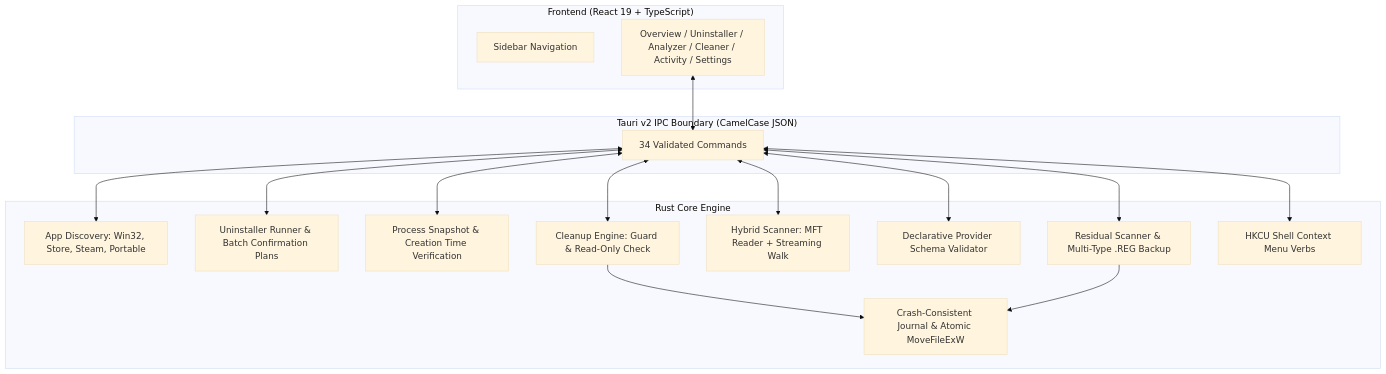
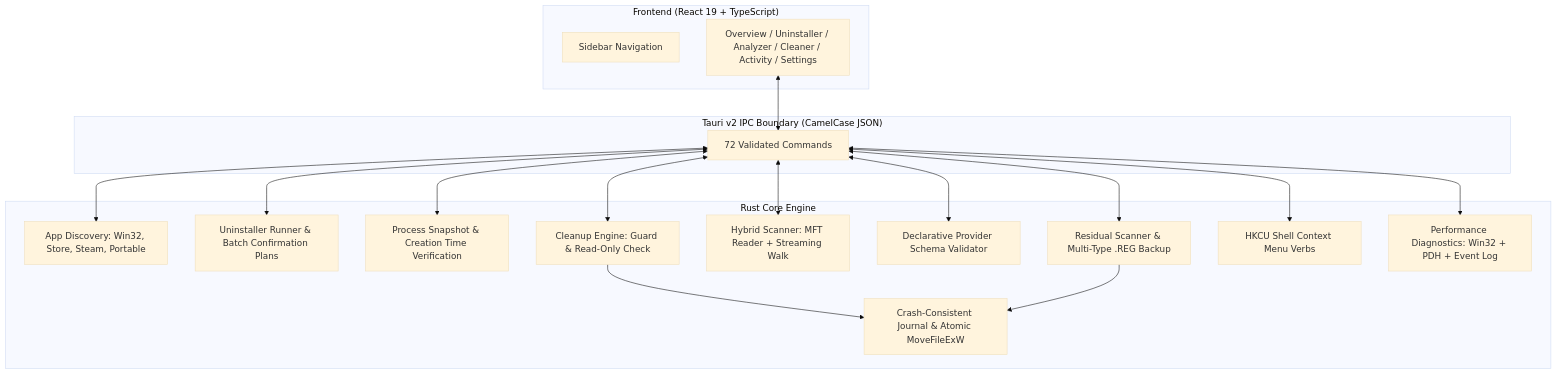
The diagram in README.md (Ry0x7/cyron-uninstaller), drawn with Mermaid (base theme) before and after one commit. The commit also changed other lines of this file and 63 other files, not shown here.

First line of the commit message:
feat: harden removal, storage intelligence and performance diagnostics

````diff
--- a/README.md
+++ b/README.md
@@ -67,35 +76,37 @@
 ```mermaid
 flowchart TD
     subgraph UI ["Frontend (React 19 + TypeScript)"]
         Nav[Sidebar Navigation]
         Views[Overview / Uninstaller / Analyzer / Cleaner / Activity / Settings]
     end
 
     subgraph IPC ["Tauri v2 IPC Boundary (CamelCase JSON)"]
-        Cmds[34 Validated Commands]
+        Cmds[72 Validated Commands]
     end
 
     subgraph Backend ["Rust Core Engine"]
         AppMgr[App Discovery: Win32, Store, Steam, Portable]
         Uninst[Uninstaller Runner & Batch Confirmation Plans]
         ProcMgr[Process Snapshot & Creation Time Verification]
         LeftoverMgr[Residual Scanner & Multi-Type .REG Backup]
         Scanner[Hybrid Scanner: MFT Reader + Streaming Walk]
         ProvMgr[Declarative Provider Schema Validator]
         CleanupEng[Cleanup Engine: Guard & Read-Only Check]
         Quarantine[Crash-Consistent Journal & Atomic MoveFileExW]
         ExplorerMgr[HKCU Shell Context Menu Verbs]
+        PerfMgr[Performance Diagnostics: Win32 + PDH + Event Log]
     end
 
     Views <--> Cmds
     Cmds <--> AppMgr
     Cmds <--> Uninst
     Cmds <--> ProcMgr
     Cmds <--> LeftoverMgr
     Cmds <--> Scanner
     Cmds <--> ProvMgr
     Cmds <--> CleanupEng
     Cmds <--> ExplorerMgr
+    Cmds <--> PerfMgr
     CleanupEng --> Quarantine
     LeftoverMgr --> Quarantine
 ```
````
